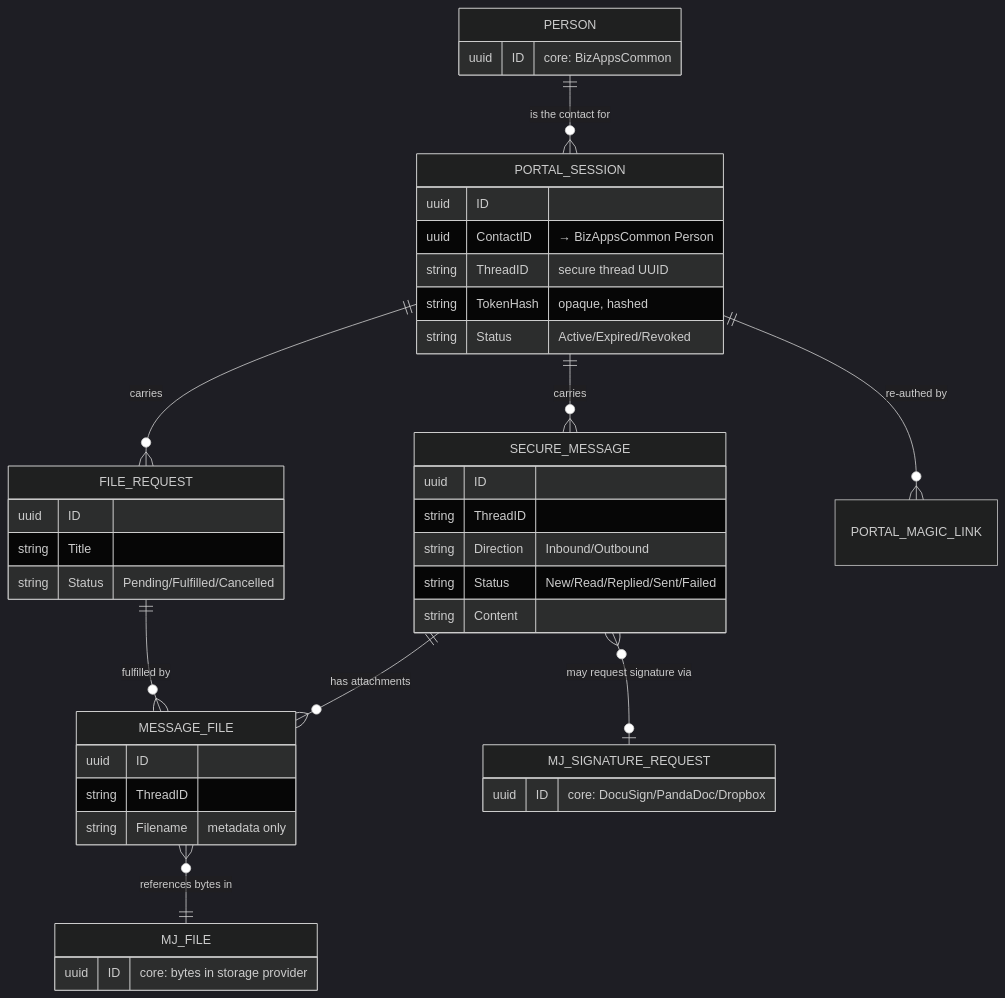
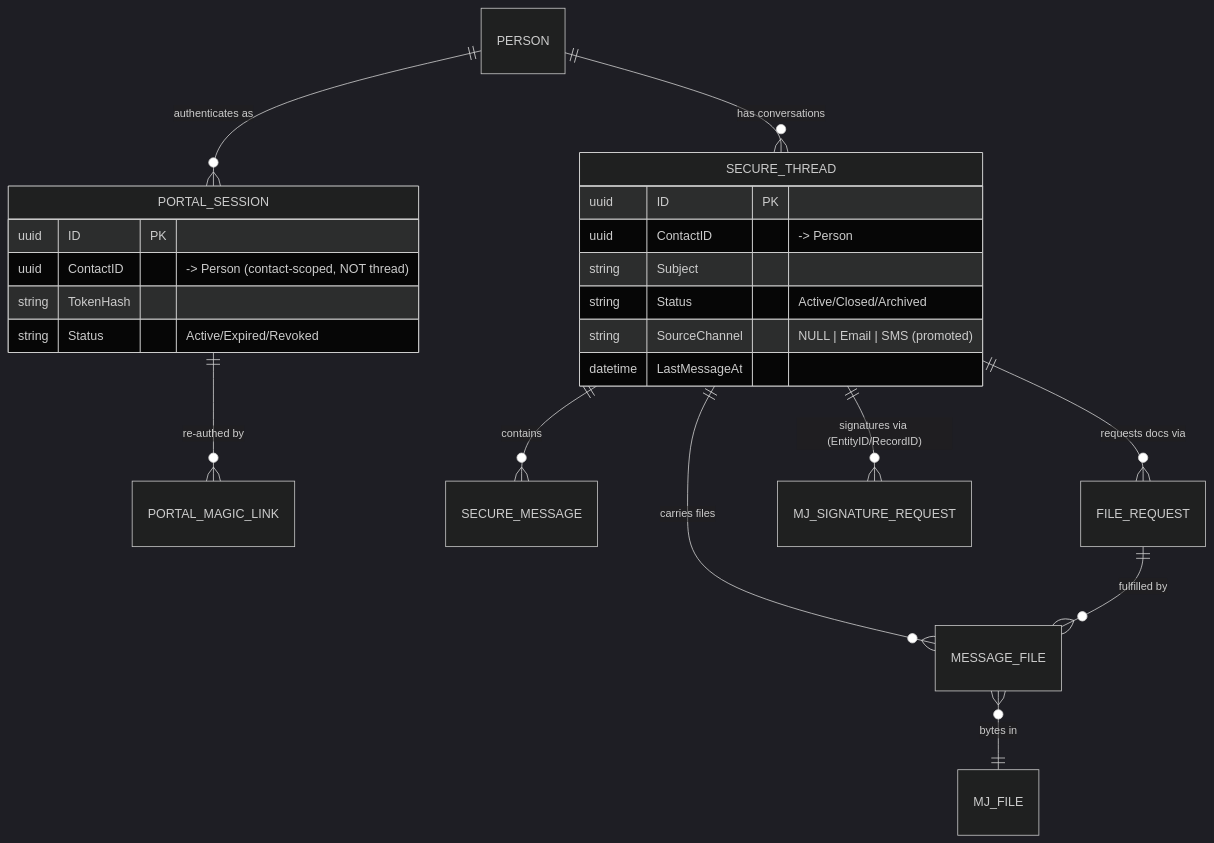
The diagram in docs/PRD.md (MemberJunction/bizapps-secure-messaging), drawn with Mermaid (dark theme) before and after one commit. The commit also changed other lines of this file, not shown here.

First line of the commit message:
PRD v2: re-anchor to the thread-per-conversation portal model

````diff
--- a/docs/PRD.md
+++ b/docs/PRD.md
@@ -143,45 +120,27 @@
 ```mermaid
 erDiagram
-    PERSON ||--o{ PORTAL_SESSION : "is the contact for"
-    PORTAL_SESSION ||--o{ SECURE_MESSAGE : "carries"
-    PORTAL_SESSION ||--o{ FILE_REQUEST : "carries"
+    PERSON ||--o{ SECURE_THREAD : "has conversations"
+    PERSON ||--o{ PORTAL_SESSION : "authenticates as"
     PORTAL_SESSION ||--o{ PORTAL_MAGIC_LINK : "re-authed by"
-    SECURE_MESSAGE ||--o{ MESSAGE_FILE : "has attachments"
-    MESSAGE_FILE }o--|| MJ_FILE : "references bytes in"
+    SECURE_THREAD ||--o{ SECURE_MESSAGE : "contains"
+    SECURE_THREAD ||--o{ FILE_REQUEST : "requests docs via"
+    SECURE_THREAD ||--o{ MESSAGE_FILE : "carries files"
+    SECURE_THREAD ||--o{ MJ_SIGNATURE_REQUEST : "signatures via (EntityID/RecordID)"
+    MESSAGE_FILE }o--|| MJ_FILE : "bytes in"
     FILE_REQUEST ||--o{ MESSAGE_FILE : "fulfilled by"
-    SECURE_MESSAGE }o--o| MJ_SIGNATURE_REQUEST : "may request signature via"
 
+    SECURE_THREAD {
+        uuid ID PK
+        uuid ContactID "-> Person"
+        string Subject
+        string Status "Active/Closed/Archived"
+        string SourceChannel "NULL | Email | SMS (promoted)"
+        datetime LastMessageAt
+    }
     PORTAL_SESSION {
-        uuid ID
-        uuid ContactID "→ BizAppsCommon Person"
-        string ThreadID "secure thread UUID"
-        string TokenHash "opaque, hashed"
+        uuid ID PK
+        uuid ContactID "-> Person (contact-scoped, NOT thread)"
+        string TokenHash
         string Status "Active/Expired/Revoked"
     }
-    SECURE_MESSAGE {
-        uuid ID
-        string ThreadID
-        string Direction "Inbound/Outbound"
-        string Status "New/Read/Replied/Sent/Failed"
-        string Content
-    }
-    MESSAGE_FILE {
-        uuid ID
-        string ThreadID
-        string Filename "metadata only"
-    }
-    FILE_REQUEST {
-        uuid ID
-        string Title
-        string Status "Pending/Fulfilled/Cancelled"
-    }
-    PERSON {
-        uuid ID "core: BizAppsCommon"
-    }
-    MJ_FILE {
-        uuid ID "core: bytes in storage provider"
-    }
-    MJ_SIGNATURE_REQUEST {
-        uuid ID "core: DocuSign/PandaDoc/Dropbox"
-    }
 ```
````
